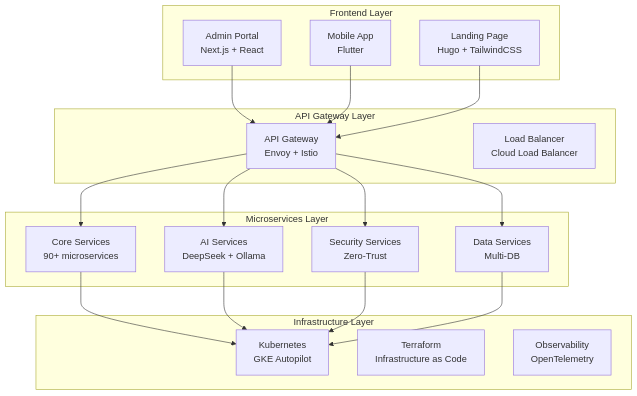
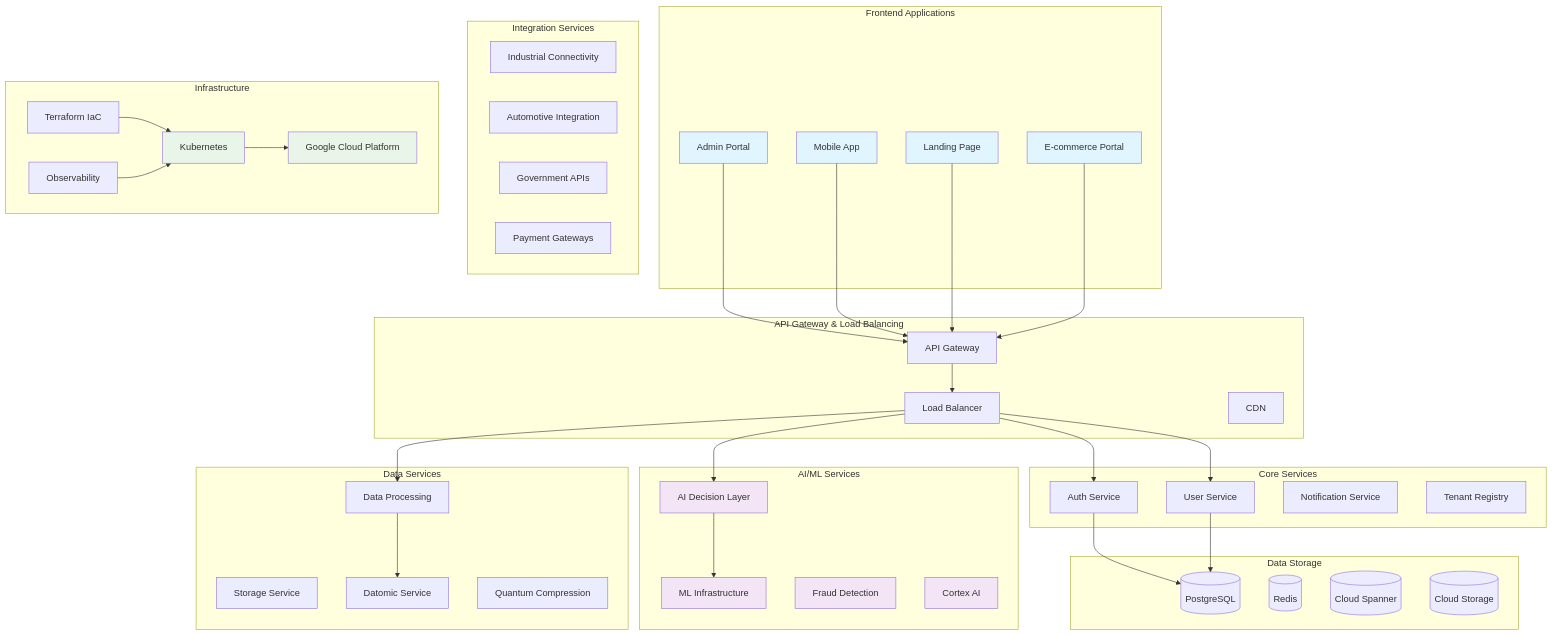
Before and after one commit to illunare-40/docs-site: the first of 2 diagrams in docs/index.md, drawn with Mermaid. The commit also changed other lines of this file and 63 other files, not shown here.

````diff
--- a/docs/index.md
+++ b/docs/index.md
@@ -38,38 +77,94 @@
 ```mermaid
 graph TB
-    subgraph "Frontend Layer"
-        AP[Admin Portal<br/>Next.js + React]
-        MA[Mobile App<br/>Flutter]
-        LP[Landing Page<br/>Hugo + TailwindCSS]
+    %% Frontend Layer
+    subgraph "Frontend Applications"
+        AP[Admin Portal]
+        MA[Mobile App]
+        LP[Landing Page]
+        EP[E-commerce Portal]
     end
     
-    subgraph "API Gateway Layer"
-        AG[API Gateway<br/>Envoy + Istio]
-        LB[Load Balancer<br/>Cloud Load Balancer]
+    %% API Gateway Layer
+    subgraph "API Gateway & Load Balancing"
+        GW[API Gateway]
+        LB[Load Balancer]
+        CDN[CDN]
     end
     
-    subgraph "Microservices Layer"
-        CS[Core Services<br/>90+ microservices]
-        AS[AI Services<br/>DeepSeek + Ollama]
-        SS[Security Services<br/>Zero-Trust]
-        DS[Data Services<br/>Multi-DB]
+    %% Microservices Layer
+    subgraph "Core Services"
+        AUTH[Auth Service]
+        USER[User Service]
+        NOTIF[Notification Service]
+        TENANT[Tenant Registry]
     end
     
-    subgraph "Infrastructure Layer"
-        K8S[Kubernetes<br/>GKE Autopilot]
-        TF[Terraform<br/>Infrastructure as Code]
-        OBS[Observability<br/>OpenTelemetry]
+    subgraph "AI/ML Services"
+        AI[AI Decision Layer]
+        ML[ML Infrastructure]
+        FRAUD[Fraud Detection]
+        CORTEX[Cortex AI]
     end
     
-    AP --> AG
-    MA --> AG
-    LP --> AG
-    AG --> CS
-    AG --> AS
-    AG --> SS
-    AG --> DS
-    CS --> K8S
-    AS --> K8S
-    SS --> K8S
-    DS --> K8S
+    subgraph "Data Services"
+        DATA[Data Processing]
+        STORAGE[Storage Service]
+        DATOMIC[Datomic Service]
+        QUANTUM[Quantum Compression]
+    end
+    
+    subgraph "Integration Services"
+        INDUSTRIAL[Industrial Connectivity]
+        AUTOMOTIVE[Automotive Integration]
+        GOV[Government APIs]
+        PAYMENT[Payment Gateways]
+    end
+    
+    %% Infrastructure Layer
+    subgraph "Infrastructure"
+        K8S[Kubernetes]
+        GCP[Google Cloud Platform]
+        TERRAFORM[Terraform IaC]
+        MONITORING[Observability]
+    end
+    
+    %% Data Layer
+    subgraph "Data Storage"
+        POSTGRES[(PostgreSQL)]
+        REDIS[(Redis)]
+        SPANNER[(Cloud Spanner)]
+        STORAGE_BUCKET[(Cloud Storage)]
+    end
+    
+    %% Connections
+    AP --> GW
+    MA --> GW
+    LP --> GW
+    EP --> GW
+    
+    GW --> LB
+    LB --> AUTH
+    LB --> USER
+    LB --> AI
+    LB --> DATA
+    
+    AUTH --> POSTGRES
+    USER --> POSTGRES
+    AI --> ML
+    DATA --> DATOMIC
+    
+    K8S --> GCP
+    TERRAFORM --> K8S
+    MONITORING --> K8S
+    
+    style AP fill:#e1f5fe
+    style MA fill:#e1f5fe
+    style LP fill:#e1f5fe
+    style EP fill:#e1f5fe
+    style AI fill:#f3e5f5
+    style ML fill:#f3e5f5
+    style FRAUD fill:#f3e5f5
+    style CORTEX fill:#f3e5f5
+    style GCP fill:#e8f5e8
+    style K8S fill:#e8f5e8
 ```
````
